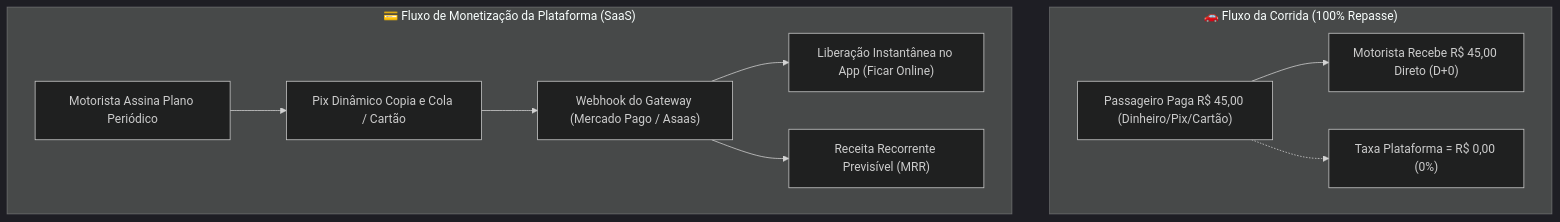
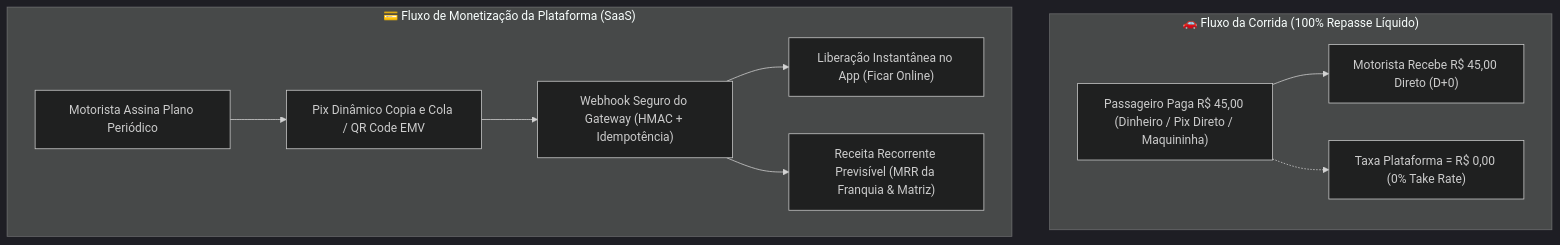
Before and after one commit to RG-Thec/Partiu: the first of 2 diagrams in documentacao/04_MODELO_DE_NEGOCIO_E_MONETIZACAO.md, drawn with Mermaid (dark theme). The commit also changed other lines of this file and 18 other files, not shown here.

````diff
--- a/documentacao/04_MODELO_DE_NEGOCIO_E_MONETIZACAO.md
+++ b/documentacao/04_MODELO_DE_NEGOCIO_E_MONETIZACAO.md
@@ -14,23 +14,23 @@
 ```mermaid
 flowchart TD
-    subgraph FluxoCorrida ["🚗 Fluxo da Corrida (100% Repasse)"]
-        PassageiroPaga["Passageiro Paga R$ 45,00 (Dinheiro/Pix/Cartão)"]
+    subgraph FluxoCorrida ["🚗 Fluxo da Corrida (100% Repasse Líquido)"]
+        PassageiroPaga["Passageiro Paga R$ 45,00 (Dinheiro / Pix Direto / Maquininha)"]
         RecebimentoDireto["Motorista Recebe R$ 45,00 Direto (D+0)"]
-        RetencaoPlataforma["Taxa Plataforma = R$ 0,00 (0%)"]
+        RetencaoPlataforma["Taxa Plataforma = R$ 0,00 (0% Take Rate)"]
         PassageiroPaga --> RecebimentoDireto
         PassageiroPaga -.-> RetencaoPlataforma
     end
 
     subgraph FluxoMonetizacao ["💳 Fluxo de Monetização da Plataforma (SaaS)"]
         MotoristaAssina["Motorista Assina Plano Periódico"]
-        PixAutomatico["Pix Dinâmico Copia e Cola / Cartão"]
-        ConfirmacaoWebhook["Webhook do Gateway (Mercado Pago / Asaas)"]
+        PixAutomatico["Pix Dinâmico Copia e Cola / QR Code EMV"]
+        ConfirmacaoWebhook["Webhook Seguro do Gateway (HMAC + Idempotência)"]
         LiberacaoImediata["Liberação Instantânea no App (Ficar Online)"]
-        FaturamentoSaaS["Receita Recorrente Previsível (MRR)"]
+        FaturamentoSaaS["Receita Recorrente Previsível (MRR da Franquia & Matriz)"]
         
         MotoristaAssina --> PixAutomatico
         PixAutomatico --> ConfirmacaoWebhook
         ConfirmacaoWebhook --> LiberacaoImediata
         ConfirmacaoWebhook --> FaturamentoSaaS
     end
 ```
````
